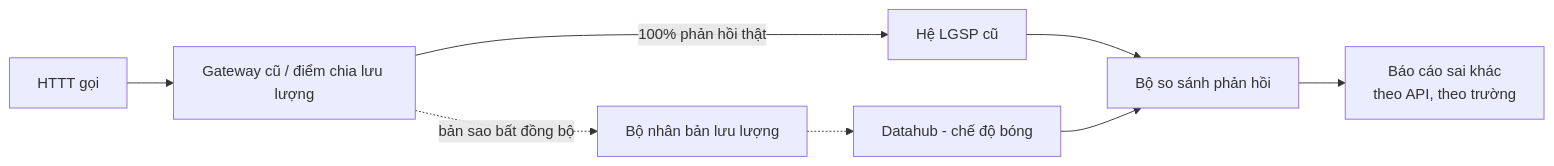
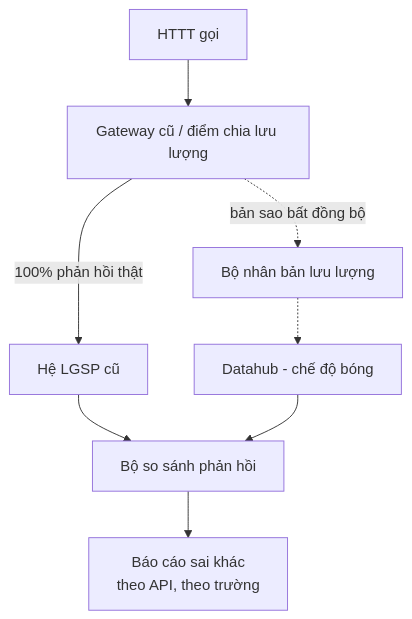
The fourth of 6 diagrams in datahub-docs/05-kiem-thu/D05-01-master-test-plan.md (caprocute/DATAHUB), drawn with Mermaid before and after one commit. The commit also changed other lines of this file and 10 other files, not shown here.

````diff
--- a/datahub-docs/05-kiem-thu/D05-01-master-test-plan.md
+++ b/datahub-docs/05-kiem-thu/D05-01-master-test-plan.md
@@ -564,10 +641,10 @@
 ```{.mermaid caption="Kiểm thử song song strangler (so sánh hệ cũ – hệ mới)"}
-flowchart LR
+flowchart TB
   HT[HTTT gọi] --> GWO[Gateway cũ / điểm chia lưu lượng]
   GWO -->|100% phản hồi thật| OLD[Hệ LGSP cũ]
   GWO -.->|bản sao bất đồng bộ| SH[Bộ nhân bản lưu lượng]
   SH -.-> NEW[Datahub - chế độ bóng]
   OLD --> CMP[Bộ so sánh phản hồi]
   NEW --> CMP
   CMP --> RPT[Báo cáo sai khác<br/>theo API, theo trường]
 ```
````
